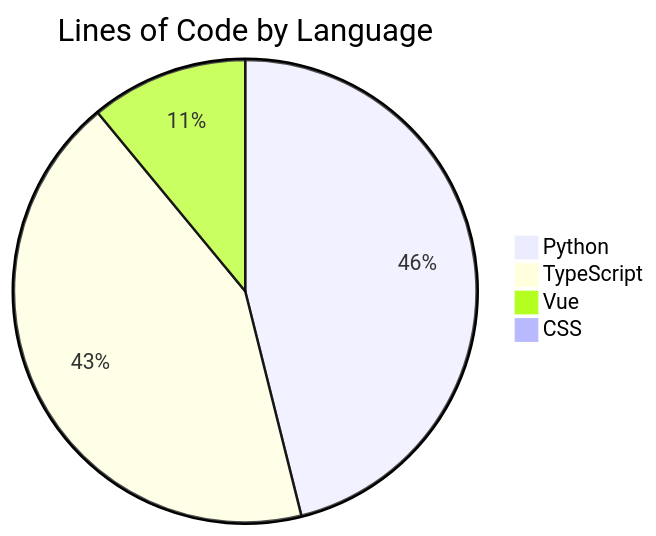
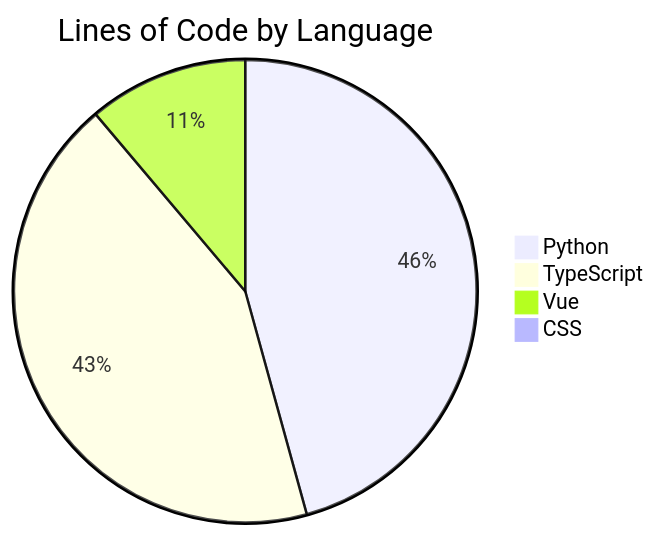
One commit to ISW-stack/AI3L-Community changed the diagram in README.md. Above: the diagram before and after it, drawn with Mermaid. The commit also changed other lines of this file and 1 other file, not shown here.

````diff
--- a/README.md
+++ b/README.md
@@ -247,7 +247,7 @@
 ```mermaid
 pie title Lines of Code by Language
-    "Python" : 83729
-    "TypeScript" : 77946
-    "Vue" : 19957
+    "Python" : 86535
+    "TypeScript" : 81612
+    "Vue" : 21137
     "CSS" : 109
 ```
````
